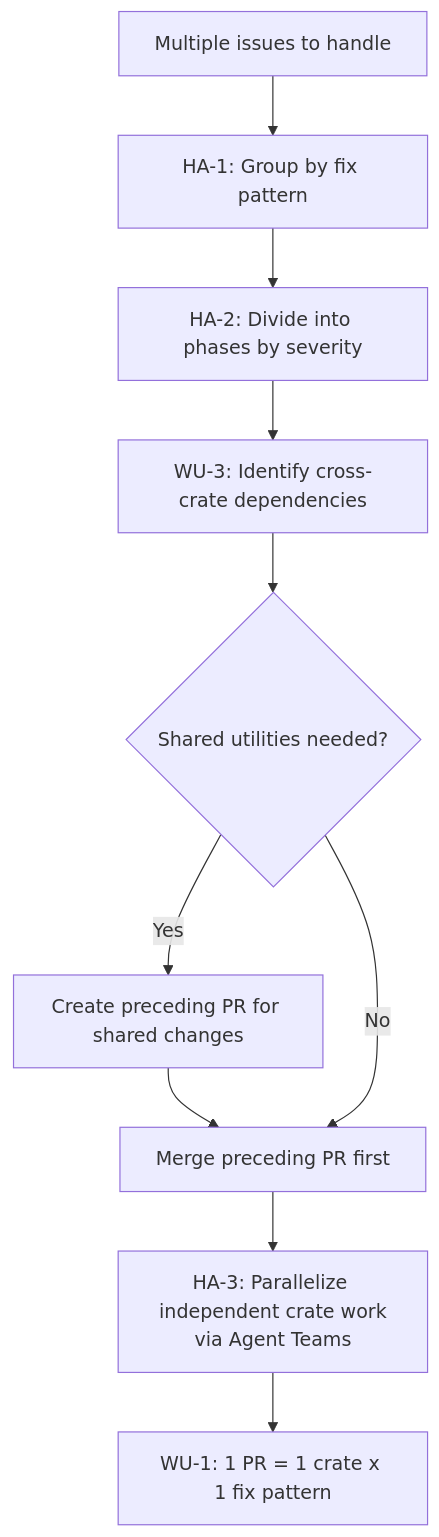
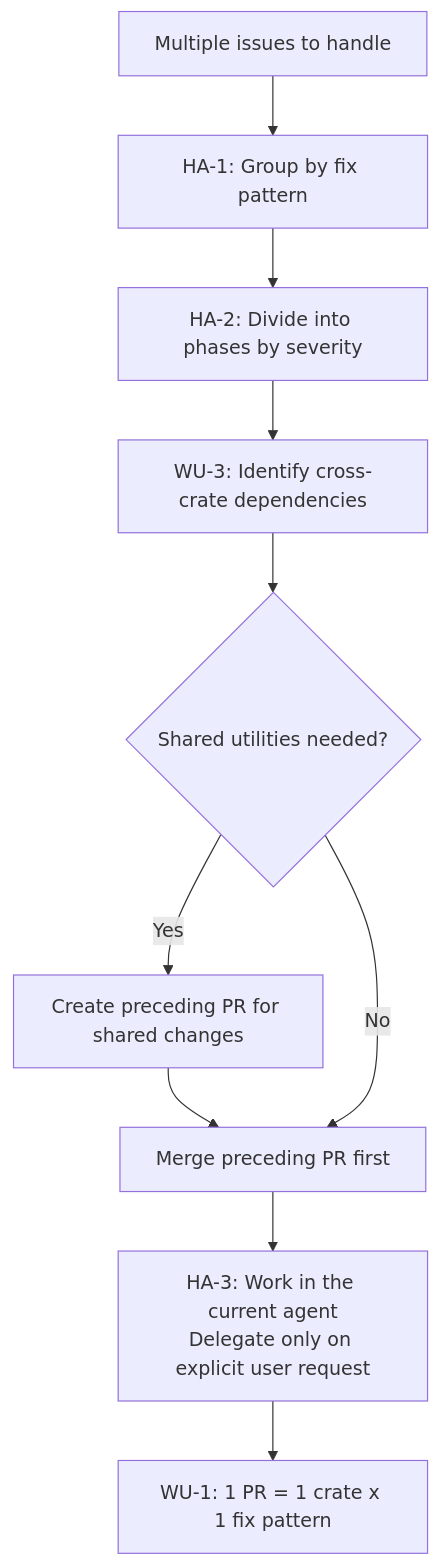
Before and after one commit to kent8192/reinhardt: the first of 2 diagrams in instructions/ISSUE_HANDLING.md, drawn with Mermaid. The commit also changed other lines of this file and 2 other files, not shown here.

First line of the commit message:
docs(agents): default to single-agent execution

````diff
--- a/instructions/ISSUE_HANDLING.md
+++ b/instructions/ISSUE_HANDLING.md
@@ -13,12 +13,12 @@
 ```mermaid
 flowchart TD
     A[Multiple issues to handle] --> B["HA-1: Group by fix pattern"]
     B --> C["HA-2: Divide into phases by severity"]
     C --> D["WU-3: Identify cross-crate dependencies"]
     D --> E{Shared utilities needed?}
     E -->|Yes| F["Create preceding PR for shared changes"]
     F --> G["Merge preceding PR first"]
     E -->|No| G
-    G --> H["HA-3: Parallelize independent crate work<br/>via Agent Teams"]
+    G --> H["HA-3: Work in the current agent<br/>Delegate only on explicit user request"]
     H --> I["WU-1: 1 PR = 1 crate x 1 fix pattern"]
 ```
````
